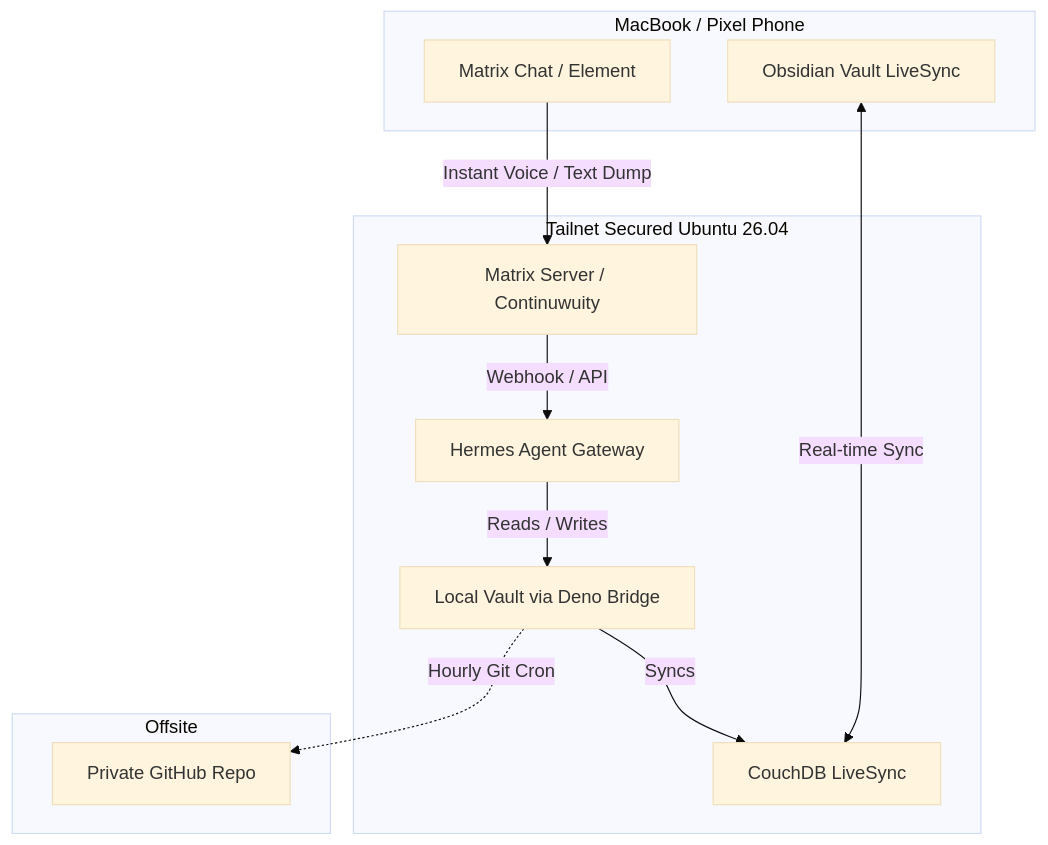
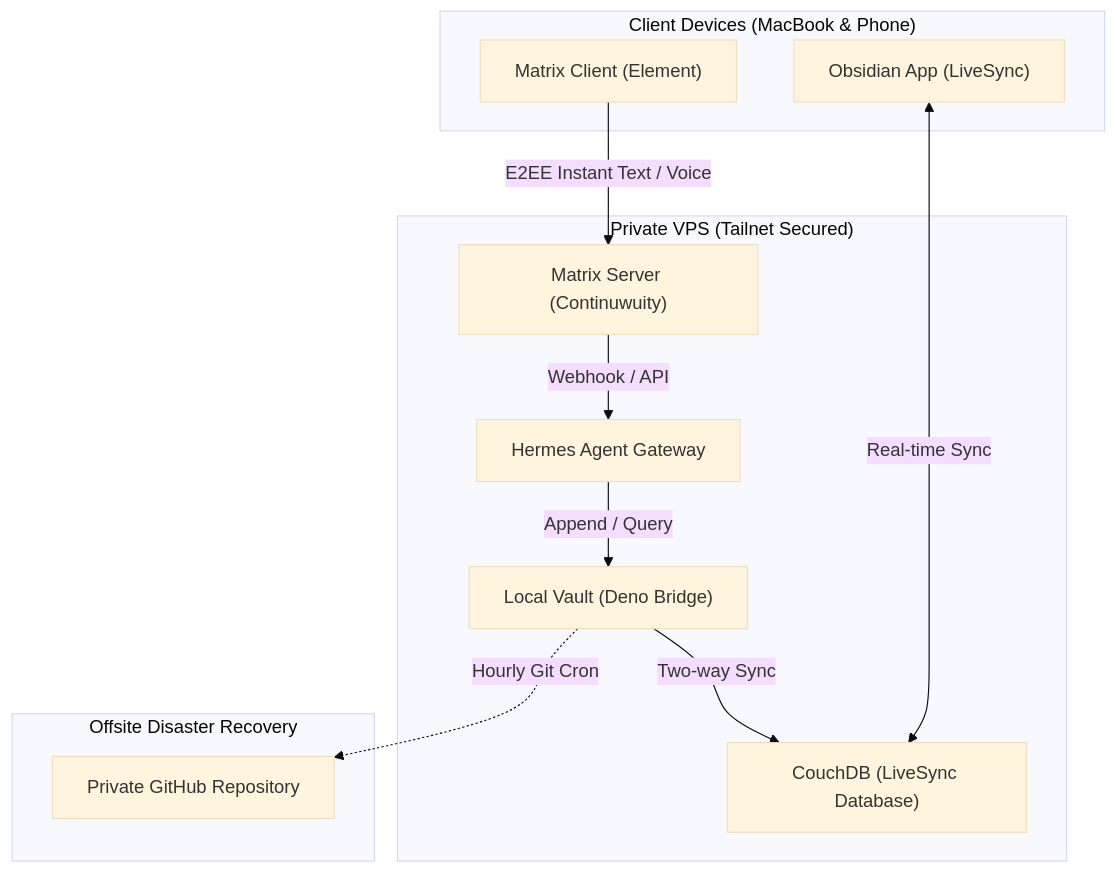
The diagram in nodes/mental-cache-invalidation-ai-vps.md (royberris/Blog), drawn with Mermaid (base theme) before and after one commit. The commit also changed other lines of this file, not shown here.

Commit message:
Refine blog post with agy editorial review (voice, depth, and tags)

````diff
--- a/nodes/mental-cache-invalidation-ai-vps.md
+++ b/nodes/mental-cache-invalidation-ai-vps.md
@@ -26,21 +31,21 @@
 ```mermaid
 flowchart TD
-    subgraph Client Devices [MacBook / Pixel Phone]
-        A[Matrix Chat / Element]
-        B[Obsidian Vault LiveSync]
+    subgraph ClientDevices ["Client Devices (MacBook & Phone)"]
+        A["Matrix Client (Element)"]
+        B["Obsidian App (LiveSync)"]
     end
 
-    subgraph VPS [Tailnet Secured Ubuntu 26.04]
-        C[Matrix Server / Continuwuity] -->|Webhook / API| D[Hermes Agent Gateway]
-        D -->|Reads / Writes| E[Local Vault via Deno Bridge]
-        E -->|Syncs| F[CouchDB LiveSync]
+    subgraph VPS ["Private VPS (Tailnet Secured)"]
+        C["Matrix Server (Continuwuity)"] -->|Webhook / API| D["Hermes Agent Gateway"]
+        D -->|Append / Query| E["Local Vault (Deno Bridge)"]
+        E -->|Two-way Sync| F["CouchDB (LiveSync Database)"]
     end
 
-    subgraph Backup [Offsite]
-        G[Private GitHub Repo]
+    subgraph Offsite ["Offsite Disaster Recovery"]
+        G["Private GitHub Repository"]
     end
 
-    A -->|Instant Voice / Text Dump| C
+    A -->|E2EE Instant Text / Voice| C
     B <-->|Real-time Sync| F
     E -.->|Hourly Git Cron| G
 ```
````
